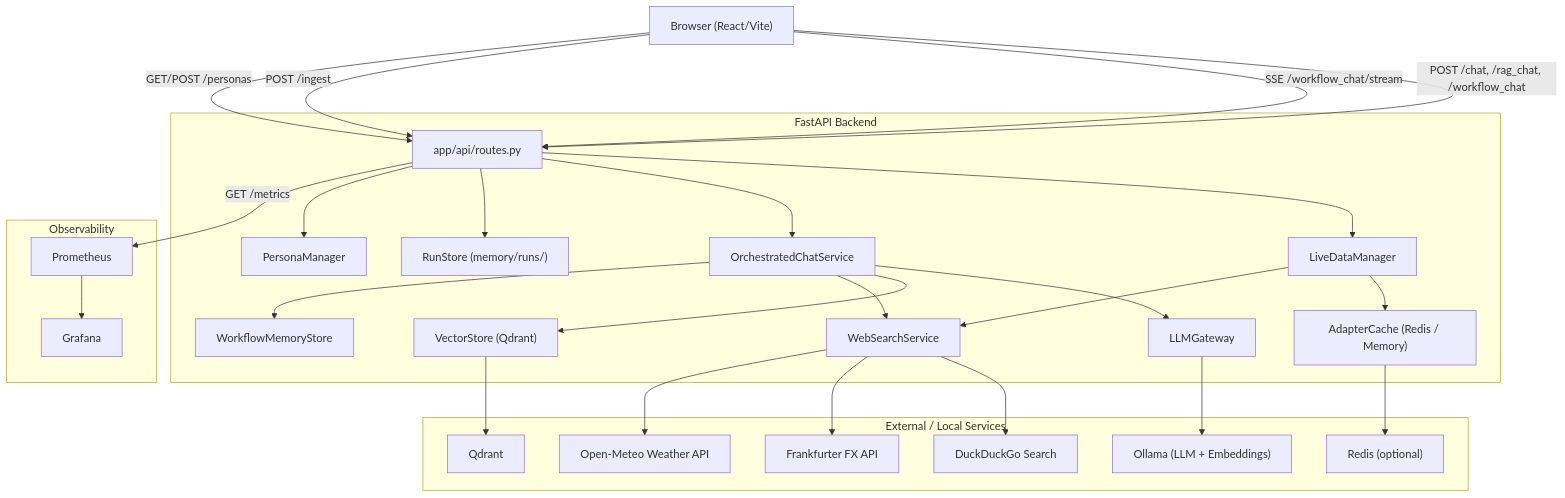
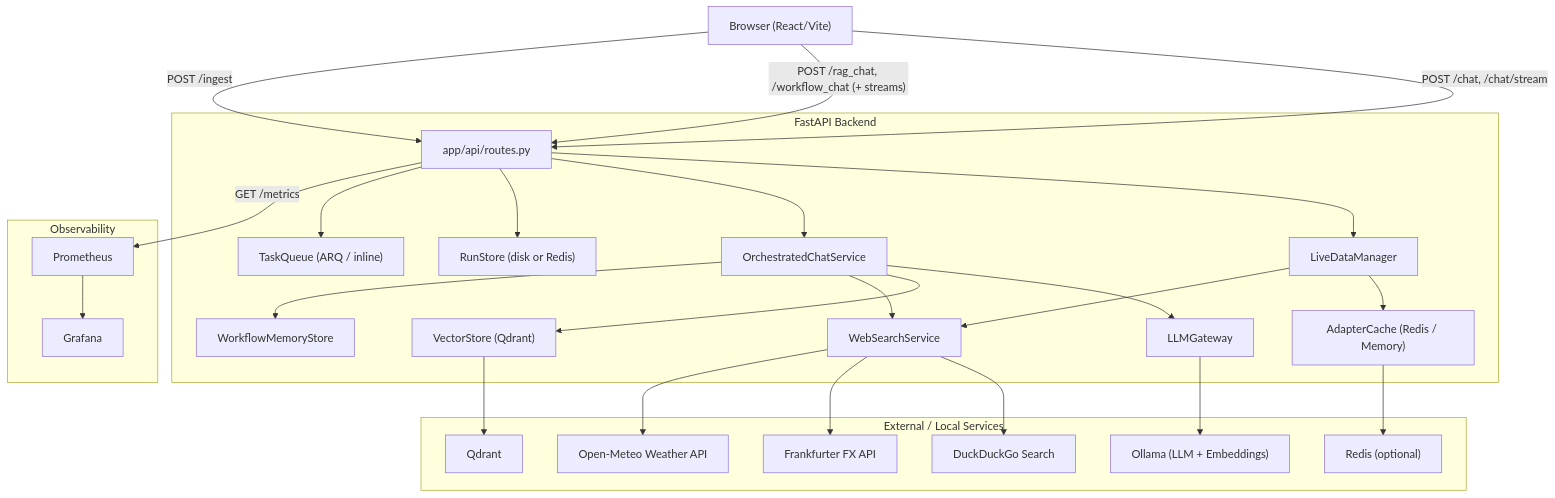
One commit to sreeram843/personal-ai changed the first of 12 diagrams in docs/architecture.md. Above: the diagram before and after it, drawn with Mermaid. The commit also changed other lines of this file and 52 other files, not shown here.

````diff
--- a/docs/architecture.md
+++ b/docs/architecture.md
@@ -11,60 +11,59 @@
 ```mermaid
 graph TD
     Browser["Browser (React/Vite)"]
 
     subgraph Backend ["FastAPI Backend"]
         Routes["app/api/routes.py"]
         Orchestrator["OrchestratedChatService"]
         LiveData["LiveDataManager"]
         LLMGateway["LLMGateway"]
         VectorStore["VectorStore (Qdrant)"]
         WebSearch["WebSearchService"]
         AdapterCache["AdapterCache (Redis / Memory)"]
-        RunStore["RunStore (memory/runs/)"]
+        RunStore["RunStore (disk or Redis)"]
         WorkflowMemory["WorkflowMemoryStore"]
-        PersonaManager["PersonaManager"]
+        TaskQueue["TaskQueue (ARQ / inline)"]
     end
 
     subgraph ExternalServices ["External / Local Services"]
         Ollama["Ollama (LLM + Embeddings)"]
         Qdrant["Qdrant"]
         Redis["Redis (optional)"]
         DuckDuckGo["DuckDuckGo Search"]
         FrankfurterAPI["Frankfurter FX API"]
         WeatherAPI["Open-Meteo Weather API"]
     end
 
     subgraph Observability
         Prometheus["Prometheus"]
         Grafana["Grafana"]
     end
 
-    Browser -- "POST /chat, /rag_chat, /workflow_chat" --> Routes
-    Browser -- "SSE /workflow_chat/stream" --> Routes
+    Browser -- "POST /chat, /chat/stream" --> Routes
+    Browser -- "POST /rag_chat, /workflow_chat (+ streams)" --> Routes
     Browser -- "POST /ingest" --> Routes
-    Browser -- "GET/POST /personas" --> Routes
 
     Routes --> LiveData
     Routes --> Orchestrator
     Routes --> RunStore
-    Routes --> PersonaManager
+    Routes --> TaskQueue
 
     LiveData --> AdapterCache
     LiveData --> WebSearch
 
     Orchestrator --> LLMGateway
     Orchestrator --> VectorStore
     Orchestrator --> WebSearch
     Orchestrator --> WorkflowMemory
 
     LLMGateway --> Ollama
     VectorStore --> Qdrant
     AdapterCache --> Redis
 
     WebSearch --> DuckDuckGo
     WebSearch --> FrankfurterAPI
     WebSearch --> WeatherAPI
 
     Routes -- "GET /metrics" --> Prometheus
     Prometheus --> Grafana
 ```
````
